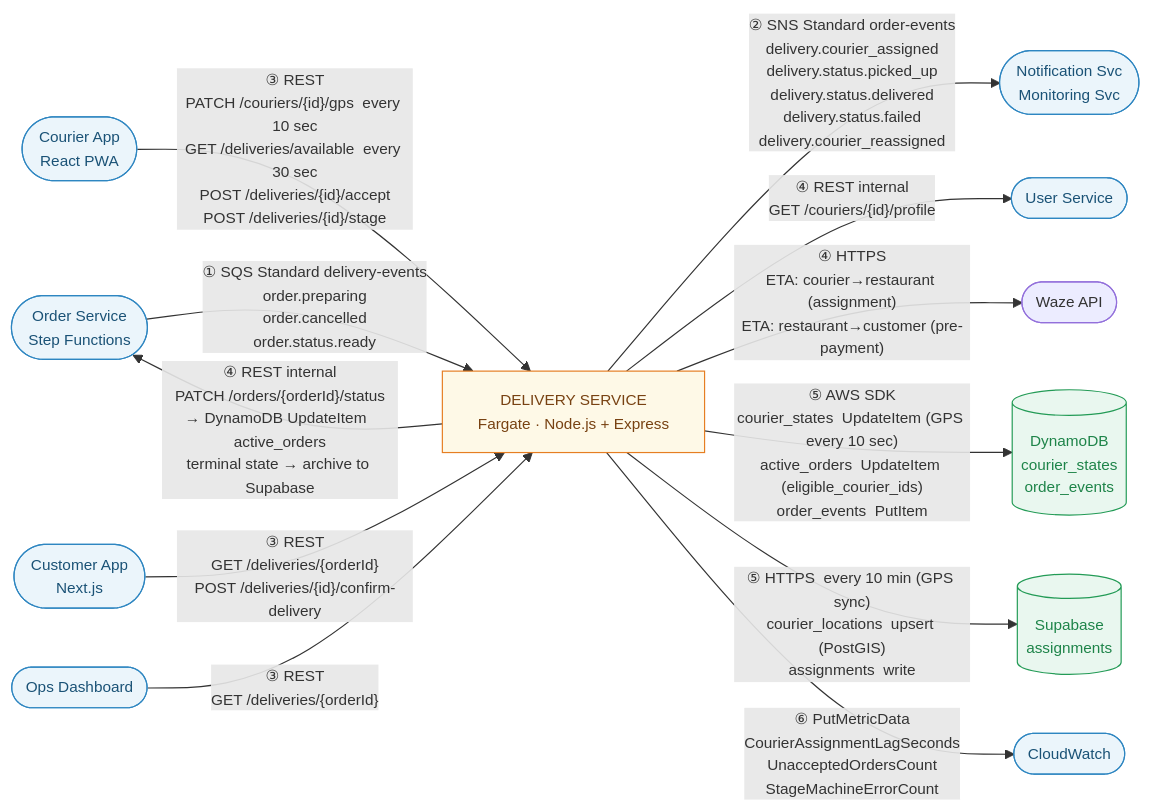
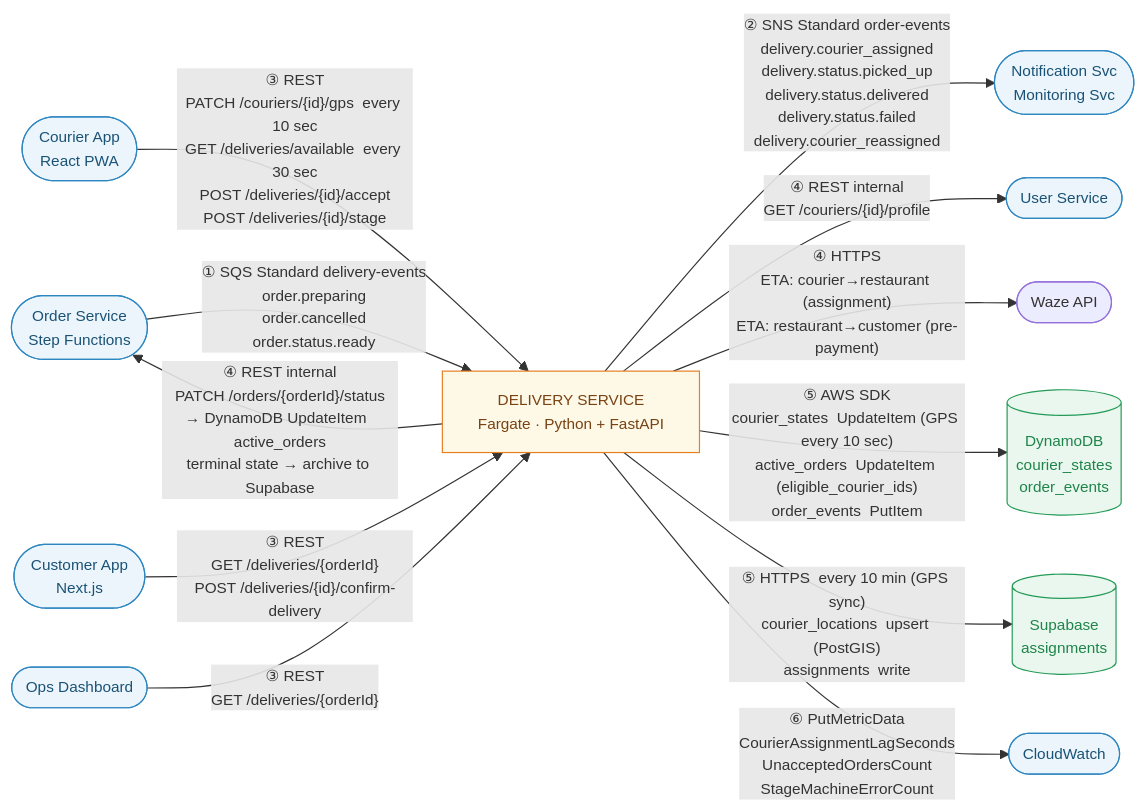
The diagram in contracts/delivery-service/delivery-service-message-contracts.md (food-delivery-platform/docs), drawn with Mermaid before and after one commit. The commit also changed other lines of this file and 1 other file, not shown here.

Commit message:
update architecture and delivery service contracts

````diff
--- a/contracts/delivery-service/delivery-service-message-contracts.md
+++ b/contracts/delivery-service/delivery-service-message-contracts.md
@@ -23,59 +23,59 @@
 ```mermaid
 ---
 config:
   theme: default
   themeVariables:
     fontSize: "13px"
 ---
 flowchart LR
     %% ─── External actors ───
     OS(["Order Service\nStep Functions"])
     CA(["Courier App\nReact PWA"])
     CU(["Customer App\nNext.js"])
     OPS(["Ops Dashboard"])
     US(["User Service"])
     SUB(["Notification Svc\nMonitoring Svc"])
     CW(["CloudWatch"])
 
     %% ─── Data stores ───
     DY[("DynamoDB\ncourier_states\norder_events")]
     SB[("Supabase\nassignments")]
 
     %% ─── Delivery Service ───
-    DS["DELIVERY SERVICE\nFargate · Node.js + Express"]
+    DS["DELIVERY SERVICE\nFargate · Python + FastAPI"]
 
     %% ─── Ch.1 SQS Standard Inbound ───
     OS -->|"① SQS Standard  delivery-events\norder.preparing\norder.cancelled\norder.status.ready"| DS
 
     %% ─── Ch.3 REST Inbound ───
     CA -->|"③ REST\nPATCH /couriers/{id}/gps  every 10 sec\nGET /deliveries/available  every 30 sec\nPOST /deliveries/{id}/accept\nPOST /deliveries/{id}/stage"| DS
     CU  -->|"③ REST\nGET /deliveries/{orderId}\nPOST /deliveries/{id}/confirm-delivery"| DS
     OPS -->|"③ REST\nGET /deliveries/{orderId}"| DS
 
     %% ─── Ch.2 SNS Standard Outbound ───
     DS -->|"② SNS Standard  order-events\ndelivery.courier_assigned\ndelivery.status.picked_up\ndelivery.status.delivered\ndelivery.status.failed\ndelivery.courier_reassigned"| SUB
 
     %% ─── Ch.4 REST Outbound ───
     DS -->|"④ REST internal\nGET /couriers/{id}/profile"| US
     DS -->|"④ REST internal\nPATCH /orders/{orderId}/status\n→ DynamoDB UpdateItem  active_orders\nterminal state → archive to Supabase"| OS
 
     %% ─── Waze API ───
     WAZE(["Waze API"])
     DS -->|"④ HTTPS\nETA: courier→restaurant (assignment)\nETA: restaurant→customer (pre-payment)"| WAZE
 
     %% ─── Ch.5 DynamoDB + Supabase Writes ───
     DS -->|"⑤ AWS SDK\ncourier_states  UpdateItem (GPS every 10 sec)\nactive_orders  UpdateItem (eligible_courier_ids)\norder_events  PutItem"| DY
     DS -->|"⑤ HTTPS  every 10 min (GPS sync)\ncourier_locations  upsert (PostGIS)\nassignments  write"| SB
 
     %% ─── Ch.6 CloudWatch Metrics ───
     DS -->|"⑥ PutMetricData\nCourierAssignmentLagSeconds\nUnacceptedOrdersCount\nStageMachineErrorCount"| CW
 
     %% ─── Styles ───
     classDef actor fill:#EBF5FB,stroke:#2E86C1,color:#1A5276
     classDef store fill:#E9F7EF,stroke:#239B56,color:#1E8449
     classDef ds    fill:#FEF9E7,stroke:#E67E22,color:#784212
 
     class OS,CA,CU,OPS,US,SUB,CW actor
     class DY,SB store
     class DS ds
 ```
````
